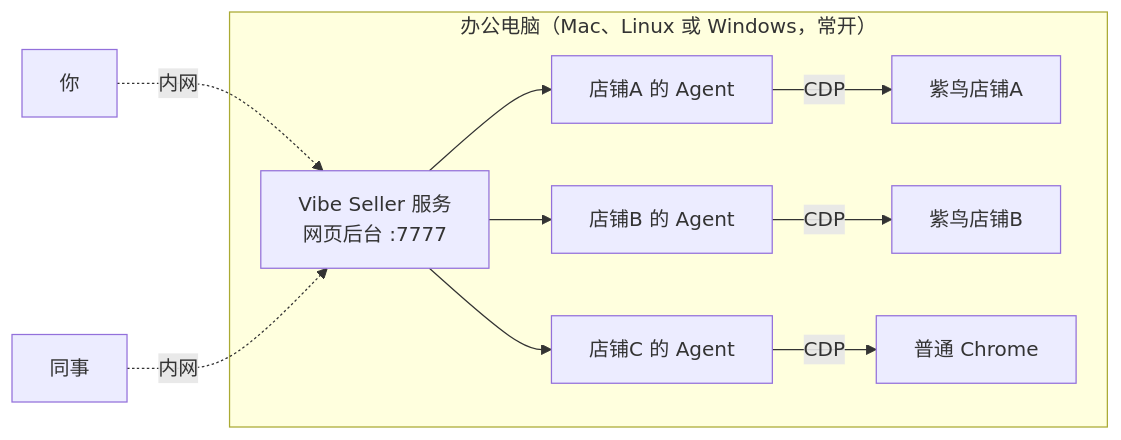
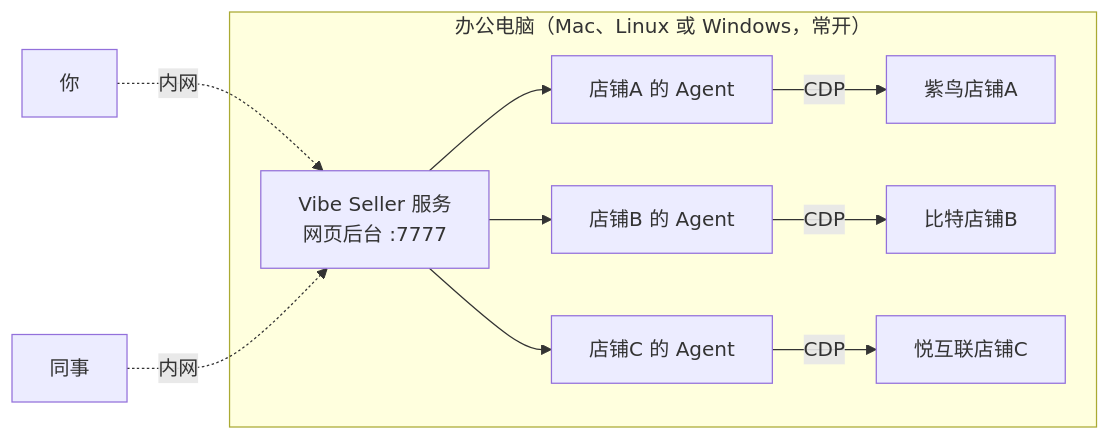
Before and after one commit to zpoint/vibe-seller: the diagram in README.md, drawn with Mermaid. The commit also changed other lines of this file and 3 other files, not shown here.

````diff
--- a/README.md
+++ b/README.md
@@ -41,14 +41,14 @@
 ```mermaid
 flowchart LR
     U1[你] -.内网.-> S
     U2[同事] -.内网.-> S
     subgraph OfficeHost["办公电脑（Mac、Linux 或 Windows，常开）"]
         S[Vibe Seller 服务<br/>网页后台 :7777]
         S --> A1[店铺A 的 Agent]
         S --> A2[店铺B 的 Agent]
         S --> A3[店铺C 的 Agent]
         A1 -->|CDP| Z1[紫鸟店铺A]
-        A2 -->|CDP| Z2[紫鸟店铺B]
-        A3 -->|CDP| C1[普通 Chrome]
+        A2 -->|CDP| Z2[比特店铺B]
+        A3 -->|CDP| C1[悦互联店铺C]
     end
 ```
````
